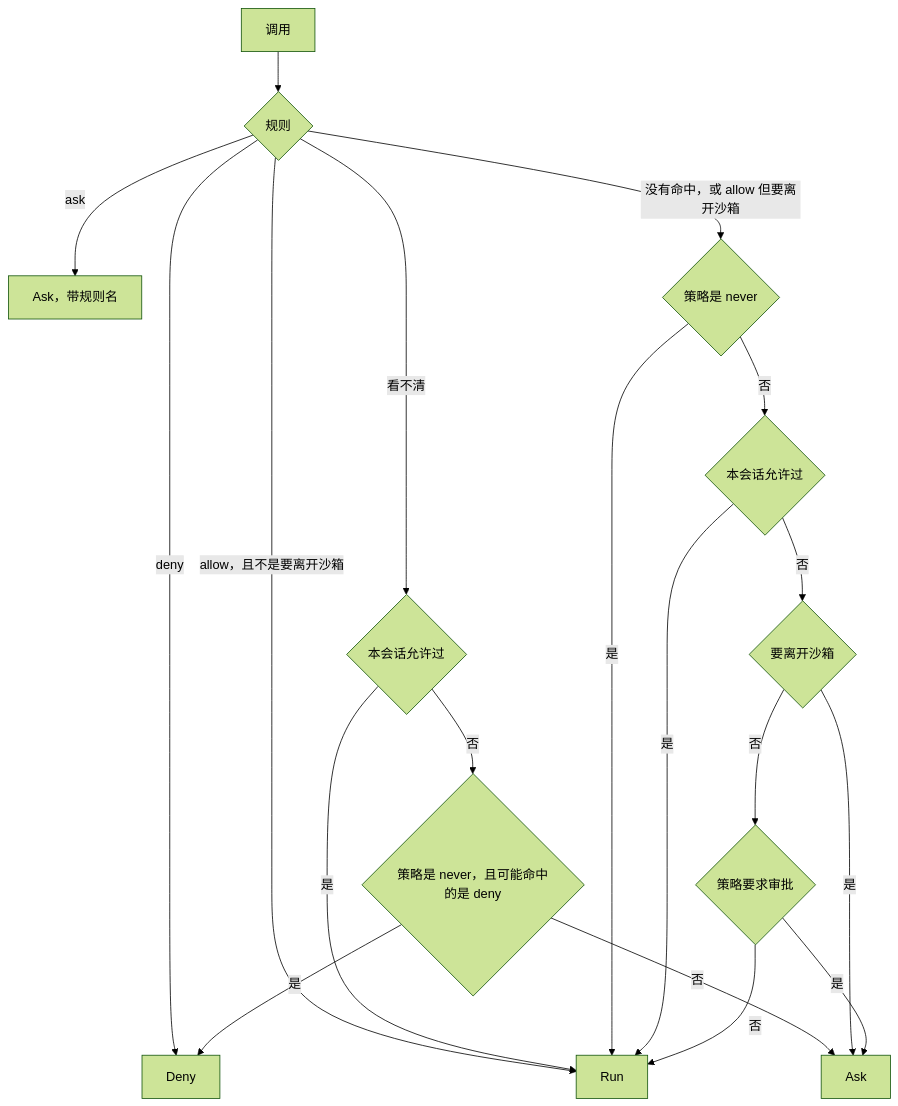
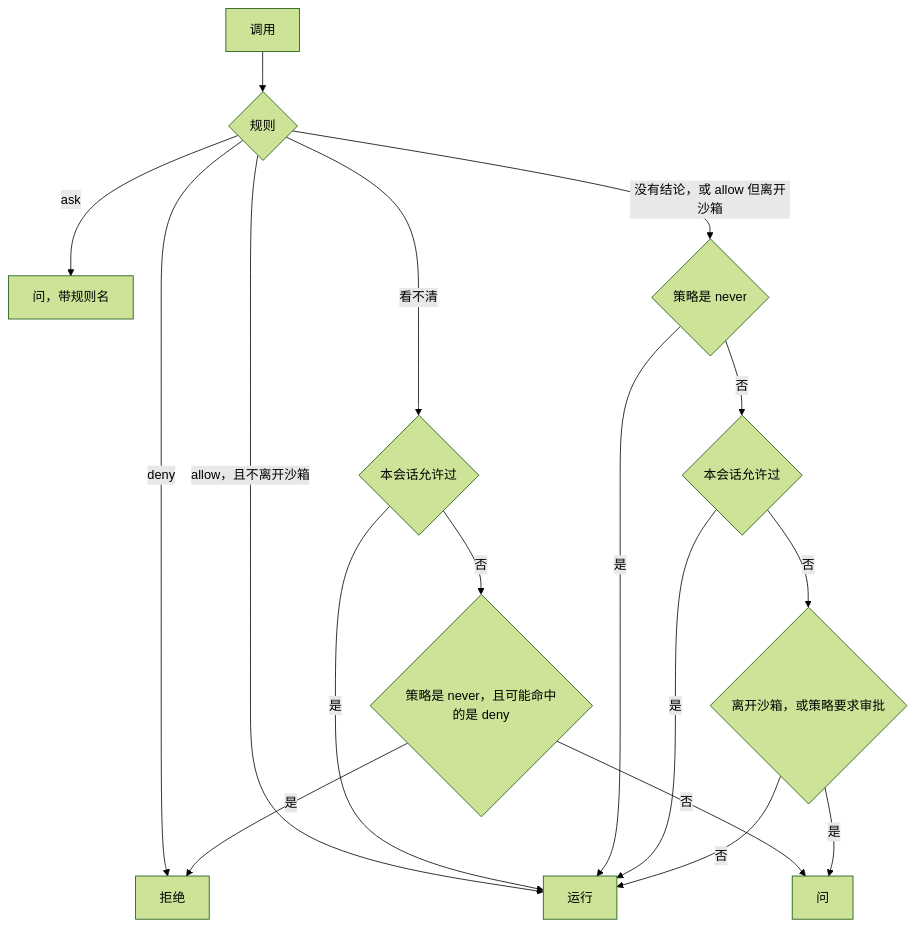
Before and after one commit to 0xfakeSpike/ollupi-docs: the first of 2 diagrams in docs/zh/engine/permissions.md, drawn with Mermaid (forest theme). The commit also changed other lines of this file and 86 other files, not shown here.

````diff
--- a/docs/zh/engine/permissions.md
+++ b/docs/zh/engine/permissions.md
@@ -25,21 +45,19 @@
 ```mermaid
 flowchart TD
   A["调用"] --> C{"规则"}
-  C -- "deny" --> D["Deny"]
-  C -- "ask" --> E["Ask，带规则名"]
-  C -- "allow，且不是要离开沙箱" --> R["Run"]
+  C -- "deny" --> D["拒绝"]
+  C -- "ask" --> E["问，带规则名"]
+  C -- "allow，且不离开沙箱" --> R["运行"]
   C -- "看不清" --> F{"本会话允许过"}
   F -- "是" --> R
   F -- "否" --> F2{"策略是 never，且可能命中的是 deny"}
   F2 -- "是" --> D
-  F2 -- "否" --> E2["Ask"]
-  C -- "没有命中，或 allow 但要离开沙箱" --> N{"策略是 never"}
+  F2 -- "否" --> E2["问"]
+  C -- "没有结论，或 allow 但离开沙箱" --> N{"策略是 never"}
   N -- "是" --> R
   N -- "否" --> G{"本会话允许过"}
   G -- "是" --> R
-  G -- "否" --> H{"要离开沙箱"}
+  G -- "否" --> H{"离开沙箱，或策略要求审批"}
   H -- "是" --> E2
-  H -- "否" --> I{"策略要求审批"}
-  I -- "是" --> E2
-  I -- "否" --> R
+  H -- "否" --> R
 ```
````
